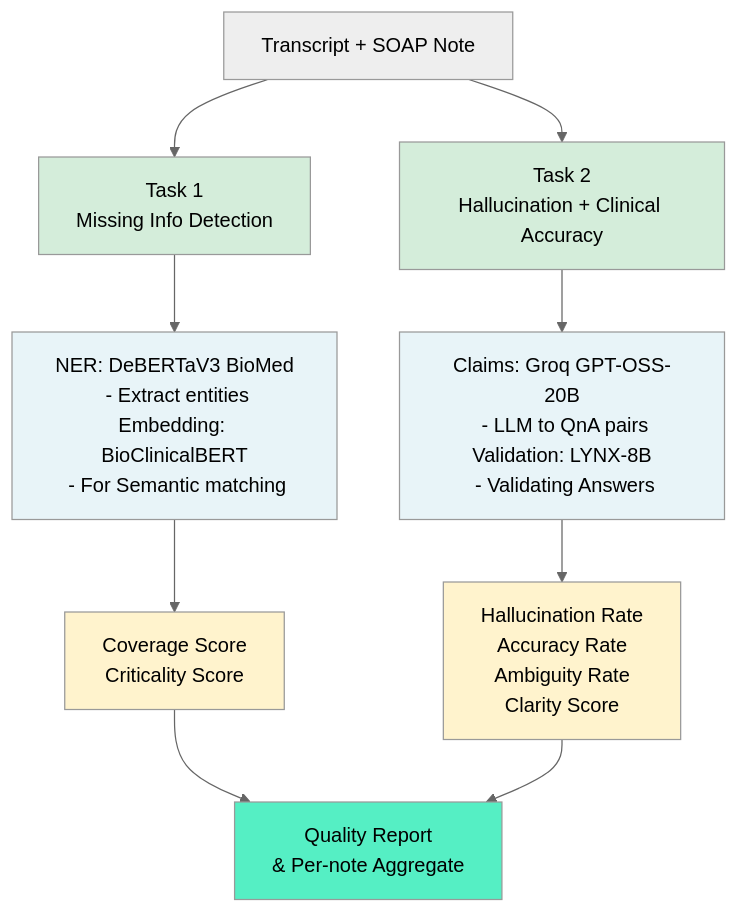
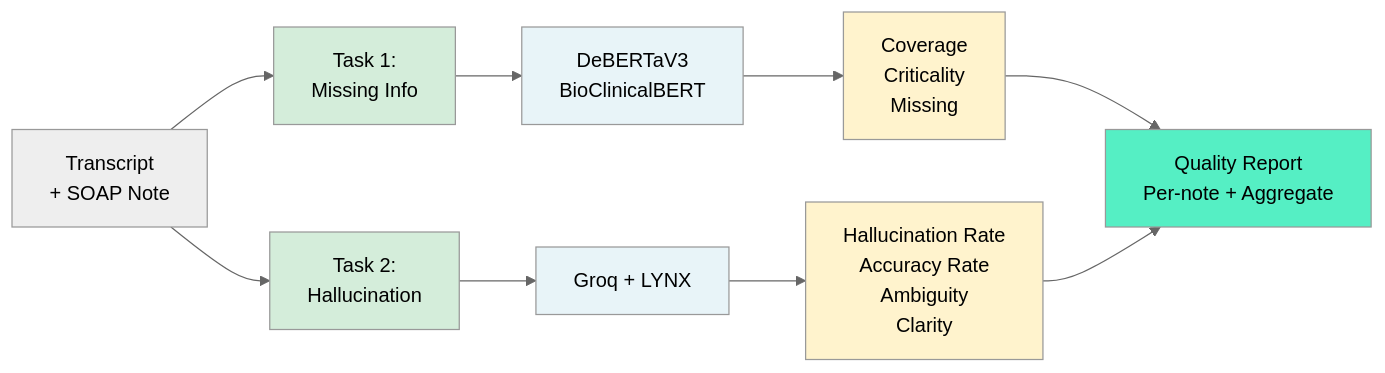
Before and after one commit to snehitvaddi/SOAP-QualitySuite: the first of 3 diagrams in README.md, drawn with Mermaid (neutral theme). The commit also changed other lines of this file, not shown here.

````diff
--- a/README.md
+++ b/README.md
@@ -20,24 +20,22 @@
 ```mermaid
-graph TB
-    A[Transcript + SOAP Note] --> B[Task 1<br/>Missing Info Detection]
-    A --> C[Task 2<br/>Hallucination + Clinical Accuracy]
+graph LR
+    A[Transcript<br/>+ SOAP Note] --> B[Task 1:<br/>Missing Info]
+    A --> C[Task 2:<br/>Hallucination]
     
-    B --> D[NER: DeBERTaV3 BioMed<br/> - Extract entities<br/>Embedding: BioClinicalBERT<br/> - For Semantic matching]
+    B --> D[DeBERTaV3<br/>BioClinicalBERT]
+    C --> E[Groq + LYNX]
     
-    C --> E[Claims: Groq GPT-OSS-20B<br/> - LLM to QnA pairs<br/>Validation: LYNX-8B<br/> - Validating Answers]
+    D --> F[Coverage<br/>Criticality<br/>Missing]
+    E --> G[Hallucination Rate<br/>Accuracy Rate<br/>Ambiguity<br/>Clarity]
     
-    D --> F[Coverage Score<br/>Criticality Score<br/>]
-    
-    E --> G[Hallucination Rate<br/>Accuracy Rate<br/>Ambiguity Rate<br/>Clarity Score]
-    
-    F --> H[Quality Report<br/> & Per-note Aggregate]
+    F --> H[Quality Report<br/>Per-note + Aggregate]
     G --> H
     
     style B fill:#d4edda
     style C fill:#d4edda
     style D fill:#e8f4f8
     style E fill:#e8f4f8
     style F fill:#fff3cd
     style G fill:#fff3cd
     style H fill:#55efc4
 ```
````
